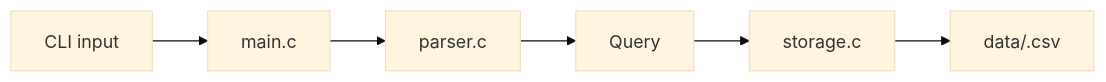
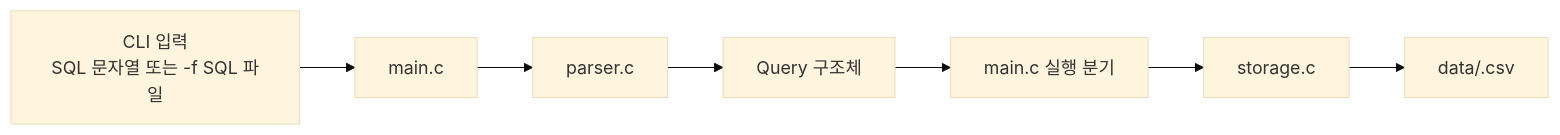
The first of 15 diagrams in README.md (JEONWOOHYUN-hydromel/Krafton_Jungle_Wednesday_Codex_Week6), drawn with Mermaid (base theme) before and after one commit. The commit also changed other lines of this file, not shown here.

Commit message:
Expand README with detailed diagrams

````diff
--- a/README.md
+++ b/README.md
@@ -40,8 +39,9 @@
 ```mermaid
 flowchart LR
-    A["CLI input"] --> B["main.c"]
+    A["CLI 입력<br/>SQL 문자열 또는 -f SQL 파일"] --> B["main.c"]
     B --> C["parser.c"]
-    C --> D["Query"]
-    D --> E["storage.c"]
-    E --> F["data/<table>.csv"]
+    C --> D["Query 구조체"]
+    D --> E["main.c 실행 분기"]
+    E --> F["storage.c"]
+    F --> G["data/<table>.csv"]
 ```
````
